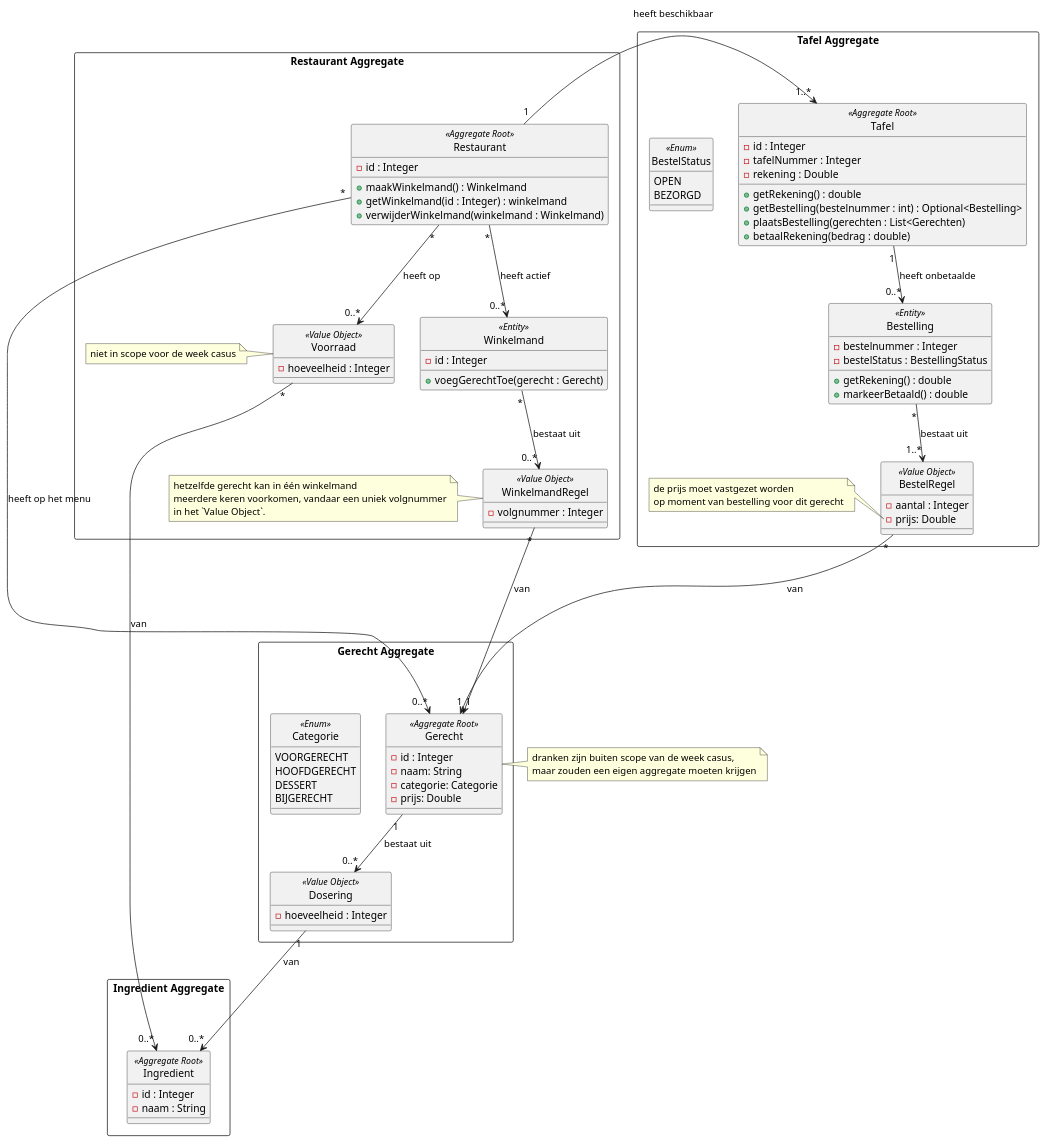
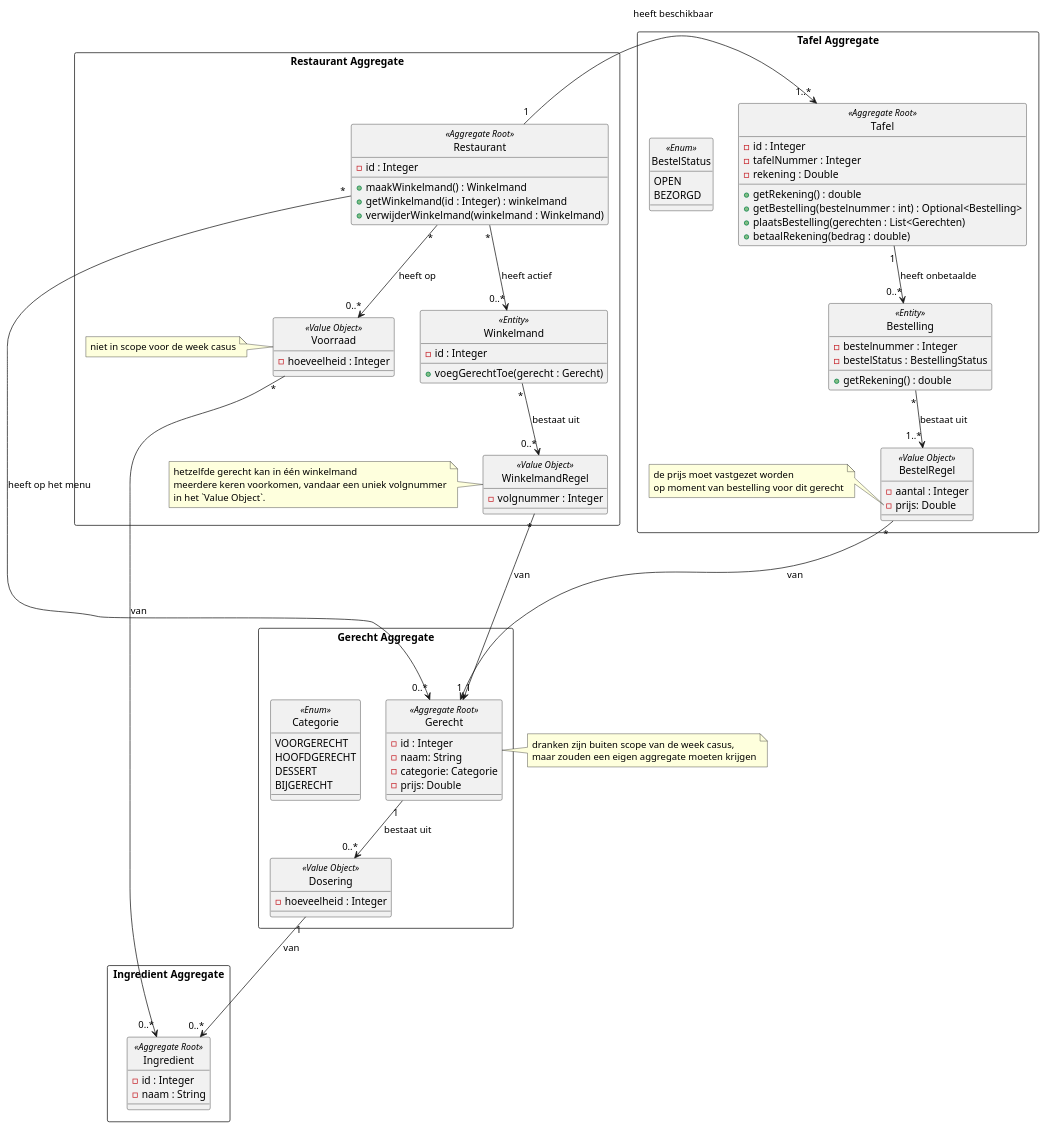
Before and after one commit to AIM-ENE/doex-opdracht-4: the diagram in weekopdracht/documentatie/stap 2/domeinmodel.puml, drawn with PlantUML.

Commit message:
aanscherpen week casus

```diff
--- a/weekopdracht/documentatie/stap 2/domeinmodel.puml
+++ b/weekopdracht/documentatie/stap 2/domeinmodel.puml
@@ -1,114 +1,113 @@
 @startuml
 
 hide circle
 
 rectangle "Restaurant Aggregate\n" {
     class Restaurant <<Aggregate Root>> {
         - id : Integer
 
         + maakWinkelmand() : Winkelmand
         + getWinkelmand(id : Integer) : winkelmand
         + verwijderWinkelmand(winkelmand : Winkelmand)
     }
     class Winkelmand <<Entity>> {
         - id : Integer
 
         +voegGerechtToe(gerecht : Gerecht)
     }
     class WinkelmandRegel <<Value Object>> {
         - volgnummer : Integer
     }
     class Voorraad <<Value Object>> {
         - hoeveelheid : Integer
     }
     note left of WinkelmandRegel
             hetzelfde gerecht kan in één winkelmand
             meerdere keren voorkomen, vandaar een uniek volgnummer
             in het `Value Object`.
     end note
     note left of Voorraad
         niet in scope voor de week casus
     end note
 }
 
 rectangle "Tafel Aggregate\n" {
     class Tafel <<Aggregate Root>> {
         - id : Integer
         - tafelNummer : Integer
         - rekening : Double
 
         + getRekening() : double
         + getBestelling(bestelnummer : int) : Optional<Bestelling>
         + plaatsBestelling(gerechten : List<Gerechten)
         + betaalRekening(bedrag : double)
     }
     class Bestelling <<Entity>> {
         - bestelnummer : Integer
         - bestelStatus : BestellingStatus
 
         + getRekening() : double
-        + markeerBetaald() : double
     }
     enum BestelStatus <<Enum>> {
             OPEN
             BEZORGD
     }
     class BestelRegel <<Value Object>> {
         - aantal : Integer
         - prijs: Double
     }
 
 
     note left of BestelRegel::prijs
         de prijs moet vastgezet worden
         op moment van bestelling voor dit gerecht
     end note
 }
 
 rectangle "Gerecht Aggregate\n" {
     class Gerecht <<Aggregate Root>> {
         - id : Integer
         - naam: String
         - categorie: Categorie
         - prijs: Double
     }
     class Dosering <<Value Object>> {
         - hoeveelheid : Integer
     }
     enum Categorie <<Enum>> {
             VOORGERECHT
             HOOFDGERECHT
             DESSERT
             BIJGERECHT
     }
 }
 note right of Gerecht
         dranken zijn buiten scope van de week casus,
         maar zouden een eigen aggregate moeten krijgen
 end note
 
 rectangle "Ingredient Aggregate\n" {
     class Ingredient <<Aggregate Root>> {
         - id : Integer
         - naam : String
     }
 }
 
 Restaurant "1" -r-> "1..*" Tafel            : heeft beschikbaar
 Restaurant "*" --> "0..*" Winkelmand        : heeft actief
 Restaurant "*" --> "0..*" Voorraad          : heeft op
 Restaurant "*" --> "0..*" Gerecht           : heeft op het menu
 
 Winkelmand "*" --> "0..*" WinkelmandRegel   : bestaat uit
 WinkelmandRegel "*" --> "1" Gerecht         : van
 
 Tafel "1" --> "0..*" Bestelling             : heeft onbetaalde
 Bestelling "*" --> "1..*" BestelRegel       : bestaat uit
 BestelRegel "*" ---> "1" Gerecht            : van
 
 Gerecht "1" --> "0..*" Dosering             : bestaat uit
 Dosering "1" --> "0..*" Ingredient          : van
 
 Voorraad "*" --> "0..*" Ingredient          : van
 
 @enduml
```
